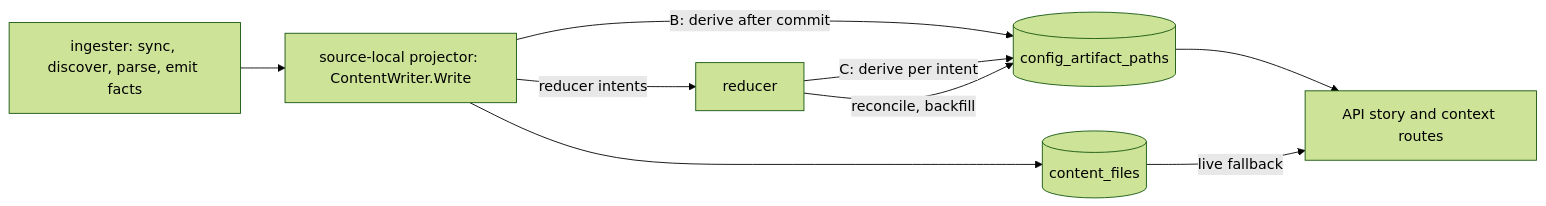
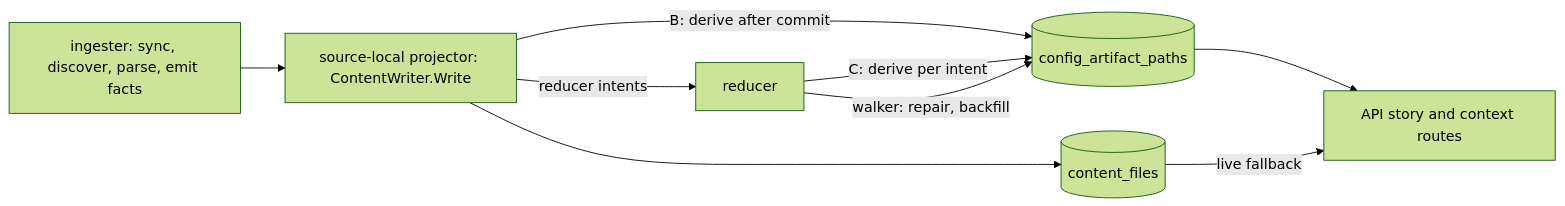
Before and after one commit to eshu-hq/eshu: the diagram in docs/internal/design/7126-ingest-time-config-artifacts.md, drawn with Mermaid (forest theme). The commit also changed other lines of this file and 2 other files, not shown here.

````diff
--- a/docs/internal/design/7126-ingest-time-config-artifacts.md
+++ b/docs/internal/design/7126-ingest-time-config-artifacts.md
@@ -62,11 +63,11 @@
 ```mermaid
 flowchart LR
   ingester["ingester: sync, discover, parse, emit facts"] --> projector["source-local projector: ContentWriter.Write"]
   projector --> content[("content_files")]
   projector -->|"B: derive after commit"| rows[("config_artifact_paths")]
   projector -->|"reducer intents"| reducer["reducer"]
   reducer -->|"C: derive per intent"| rows
-  reducer -->|"reconcile, backfill"| rows
+  reducer -->|"walker: repair, backfill"| rows
   rows --> api["API story and context routes"]
   content -->|"live fallback"| api
 ```
````
